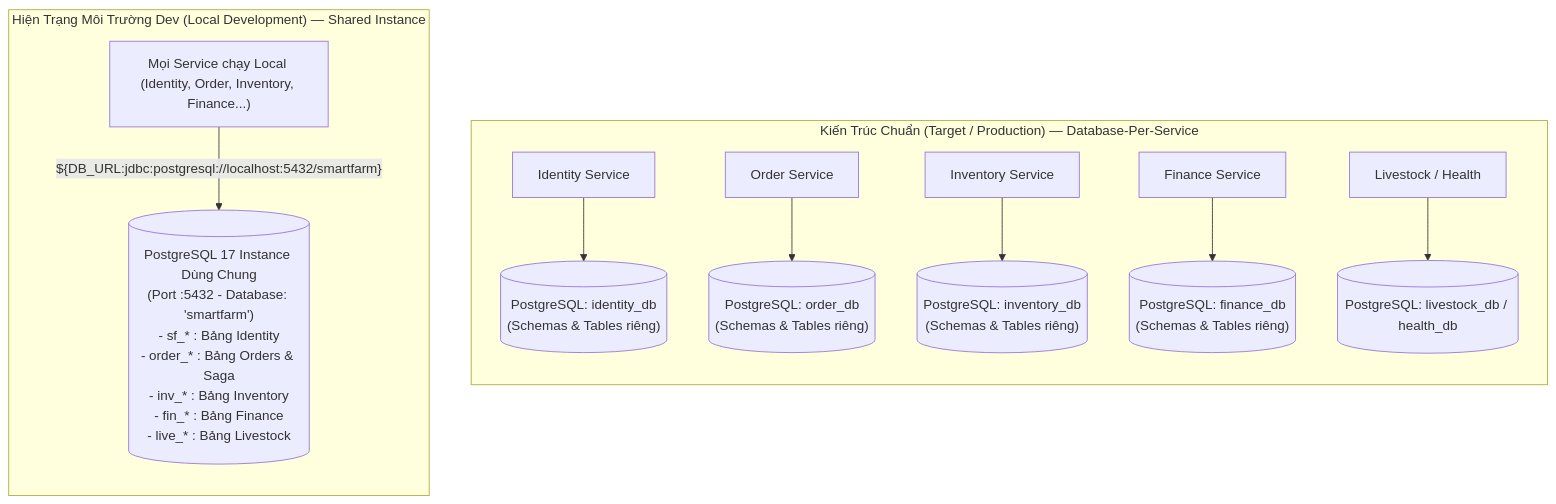
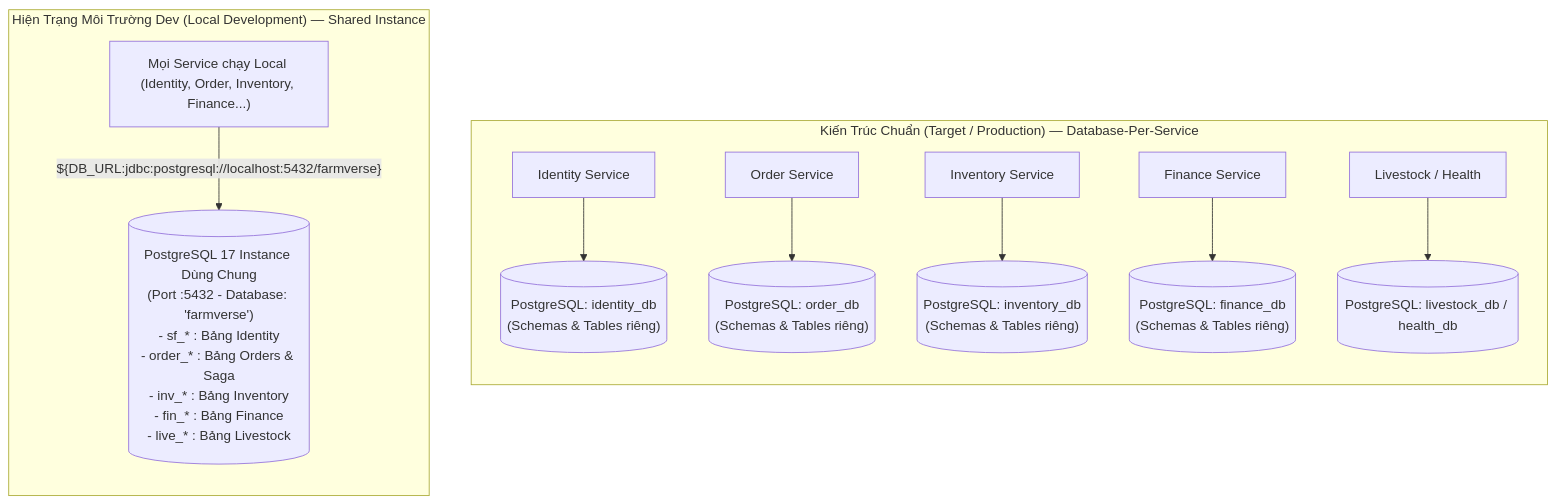
Before and after one commit to hatrongvu13/smartfarm-platform-maven-starter: the second of 2 diagrams in docs/architecture/system-overview.md, drawn with Mermaid. The commit also changed other lines of this file and 1490 other files, not shown here.

````diff
--- a/docs/architecture/system-overview.md
+++ b/docs/architecture/system-overview.md
@@ -88,24 +88,24 @@
 ```mermaid
 flowchart TD
     subgraph TargetArchitecture["Kiến Trúc Chuẩn (Target / Production) — Database-Per-Service"]
         direction TB
         DB_ID[("PostgreSQL: identity_db\n(Schemas & Tables riêng)")]
         DB_ORD[("PostgreSQL: order_db\n(Schemas & Tables riêng)")]
         DB_INV[("PostgreSQL: inventory_db\n(Schemas & Tables riêng)")]
         DB_FIN[("PostgreSQL: finance_db\n(Schemas & Tables riêng)")]
         DB_OTH[("PostgreSQL: livestock_db / health_db")]
 
         S_ID["Identity Service"] --> DB_ID
         S_ORD["Order Service"] --> DB_ORD
         S_INV["Inventory Service"] --> DB_INV
         S_FIN["Finance Service"] --> DB_FIN
         S_OTH["Livestock / Health"] --> DB_OTH
     end
 
     subgraph DevEnvironment["Hiện Trạng Môi Trường Dev (Local Development) — Shared Instance"]
         direction TB
-        SharedPG[("PostgreSQL 17 Instance Dùng Chung\n(Port :5432 - Database: 'smartfarm')\n- sf_* : Bảng Identity\n- order_* : Bảng Orders & Saga\n- inv_* : Bảng Inventory\n- fin_* : Bảng Finance\n- live_* : Bảng Livestock")]
+        SharedPG[("PostgreSQL 17 Instance Dùng Chung\n(Port :5432 - Database: 'farmverse')\n- sf_* : Bảng Identity\n- order_* : Bảng Orders & Saga\n- inv_* : Bảng Inventory\n- fin_* : Bảng Finance\n- live_* : Bảng Livestock")]
 
-        D_ALL["Mọi Service chạy Local (Identity, Order, Inventory, Finance...)"] -->|"${DB_URL:jdbc:postgresql://localhost:5432/smartfarm}"| SharedPG
+        D_ALL["Mọi Service chạy Local (Identity, Order, Inventory, Finance...)"] -->|"${DB_URL:jdbc:postgresql://localhost:5432/farmverse}"| SharedPG
     end
 ```
````
